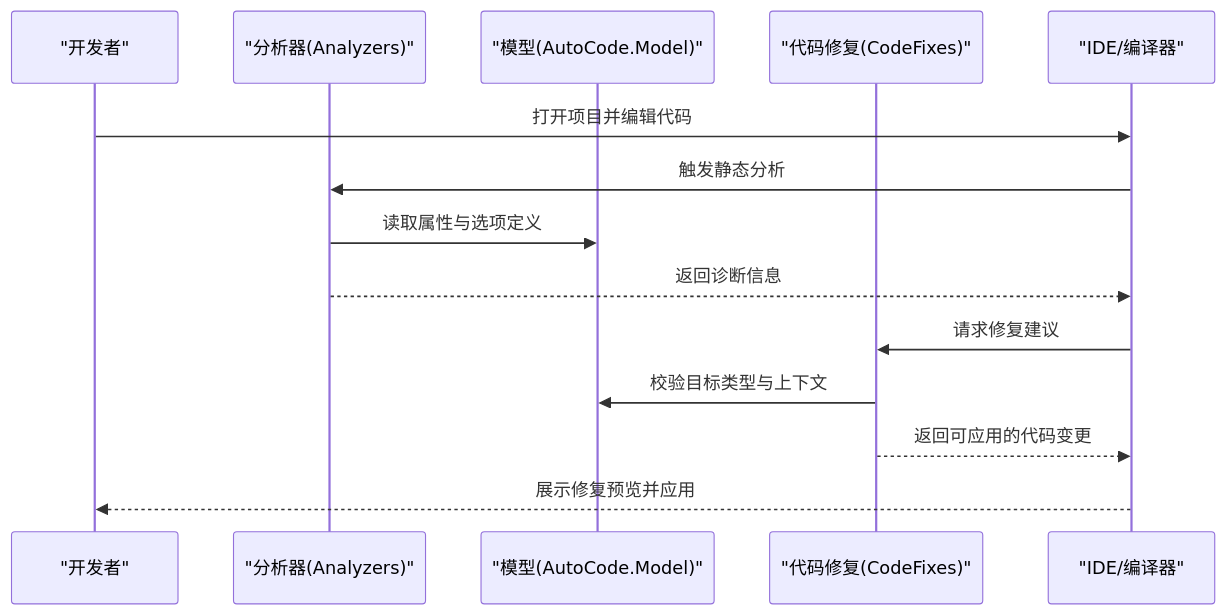
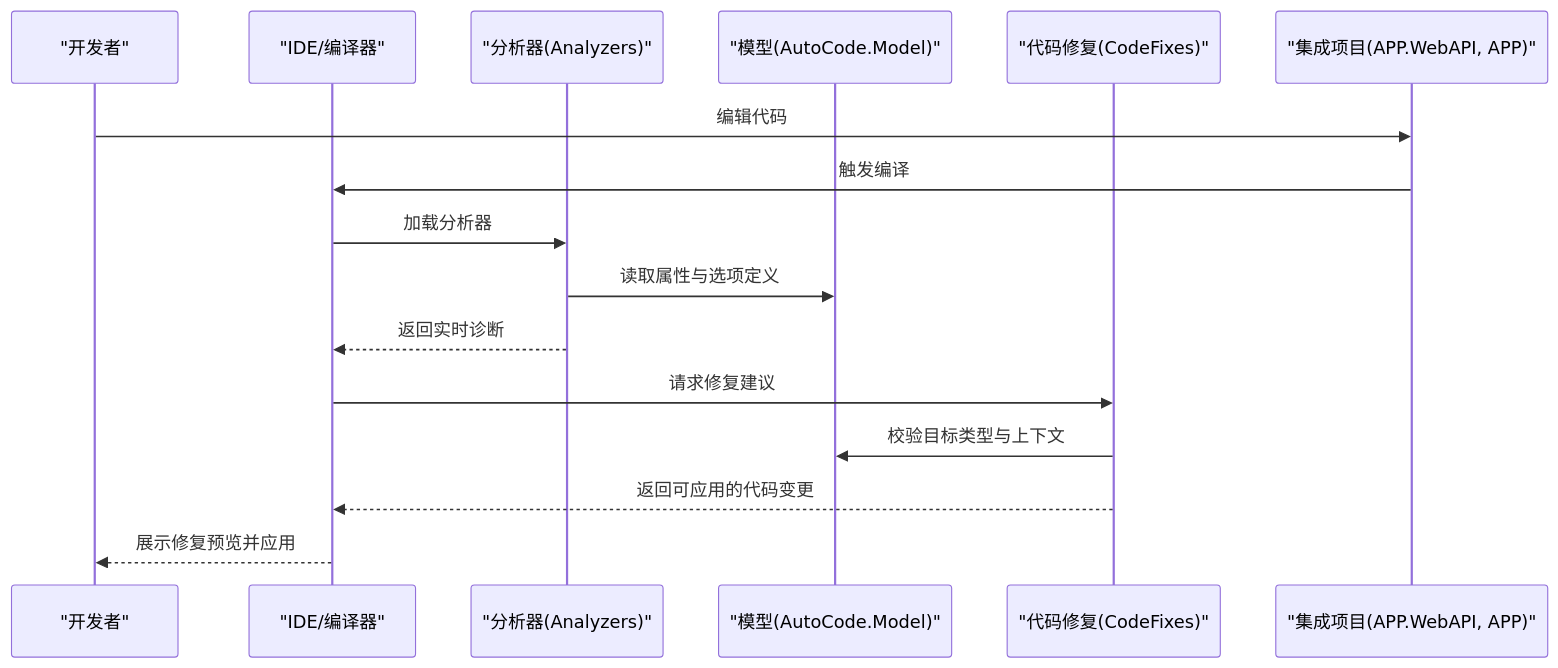
One commit to alivy/AutoCode changed the second of 5 diagrams in .qoder/repowiki/zh/content/调试与诊断/分析器系统.md. Above: the diagram before and after it, drawn with Mermaid. The commit also changed other lines of this file and 5 other files, not shown here.

````diff
--- a/.qoder/repowiki/zh/content/调试与诊断/分析器系统.md
+++ b/.qoder/repowiki/zh/content/调试与诊断/分析器系统.md
@@ -95,16 +115,18 @@
 ```mermaid
 sequenceDiagram
 participant Dev as "开发者"
+participant IDE as "IDE/编译器"
 participant Analyzer as "分析器(Analyzers)"
 participant Model as "模型(AutoCode.Model)"
 participant Fixer as "代码修复(CodeFixes)"
-participant IDE as "IDE/编译器"
-Dev->>IDE : 打开项目并编辑代码
-IDE->>Analyzer : 触发静态分析
+participant Projects as "集成项目(APP.WebAPI, APP)"
+Dev->>Projects : 编辑代码
+Projects->>IDE : 触发编译
+IDE->>Analyzer : 加载分析器
 Analyzer->>Model : 读取属性与选项定义
-Analyzer-->>IDE : 返回诊断信息
+Analyzer-->>IDE : 返回实时诊断
 IDE->>Fixer : 请求修复建议
 Fixer->>Model : 校验目标类型与上下文
 Fixer-->>IDE : 返回可应用的代码变更
 IDE-->>Dev : 展示修复预览并应用
 ```
````
